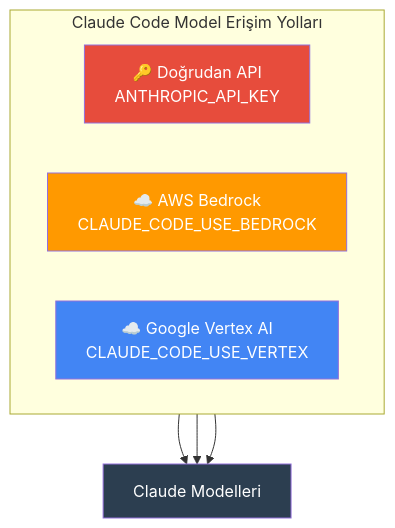
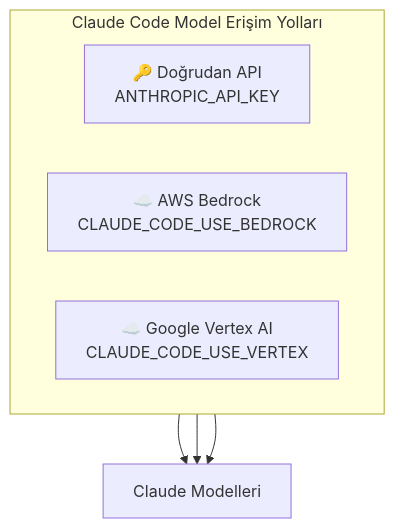
Before and after one commit to IzzetYasinAtes/ClaudeCodeHandbook: the fifth of 5 diagrams in 17-konfigurasyon/04-model-konfigurasyonu.md, drawn with Mermaid. The commit also changed other lines of this file and 97 other files, not shown here.

Commit message:
Remove all custom Mermaid style/fill colors from 98 markdown files for consistent dark theme rendering

````diff
--- a/17-konfigurasyon/04-model-konfigurasyonu.md
+++ b/17-konfigurasyon/04-model-konfigurasyonu.md
@@ -261,18 +246,14 @@
 ```mermaid
 flowchart TD
     subgraph providers ["Claude Code Model Erişim Yolları"]
         direction LR
         DIRECT["🔑 Doğrudan API<br/>ANTHROPIC_API_KEY"]
         BEDROCK["☁️ AWS Bedrock<br/>CLAUDE_CODE_USE_BEDROCK"]
         VERTEX["☁️ Google Vertex AI<br/>CLAUDE_CODE_USE_VERTEX"]
     end
 
     DIRECT --> CLAUDE["Claude Modelleri"]
     BEDROCK --> CLAUDE
     VERTEX --> CLAUDE
 
-    style DIRECT fill:#E74C3C,color:#fff
-    style BEDROCK fill:#FF9900,color:#fff
-    style VERTEX fill:#4285F4,color:#fff
-    style CLAUDE fill:#2C3E50,color:#fff
 ```
````
